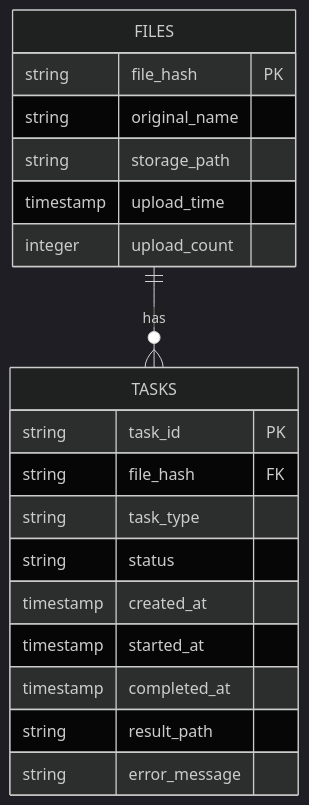
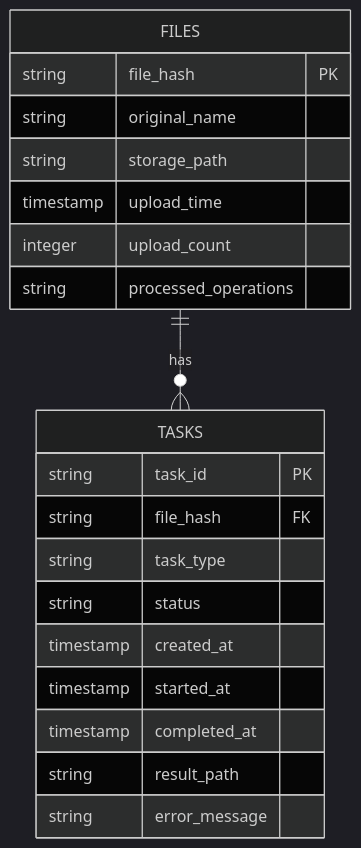
The diagram in backend/modules/database/README.md (qdooo-w/fast-vid-processor), drawn with Mermaid (dark theme) before and after one commit. The commit also changed other lines of this file and 2 other files, not shown here.

````diff
--- a/backend/modules/database/README.md
+++ b/backend/modules/database/README.md
@@ -72,24 +82,25 @@
 ```mermaid
 erDiagram
     FILES ||--o{ TASKS : has
     
     FILES {
         string file_hash PK
         string original_name
         string storage_path
         timestamp upload_time
         integer upload_count
+        string processed_operations
     }
     
     TASKS {
         string task_id PK
         string file_hash FK
         string task_type
         string status
         timestamp created_at
         timestamp started_at
         timestamp completed_at
         string result_path
         string error_message
     }
 ```
````
